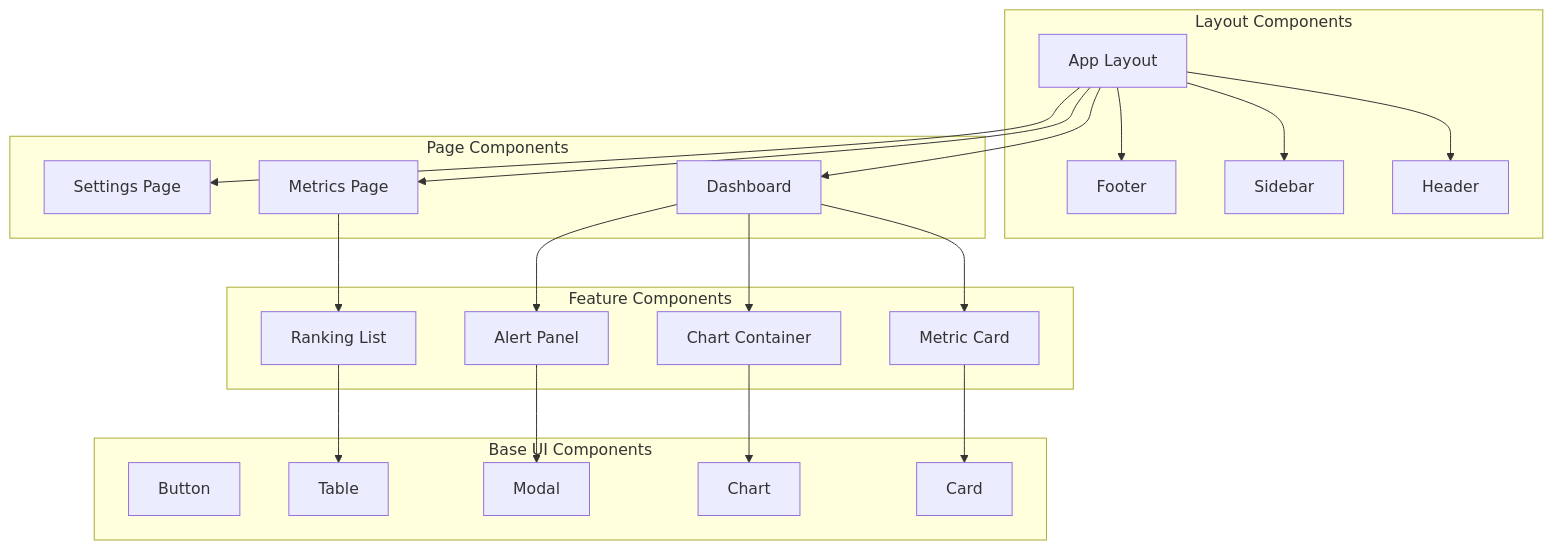
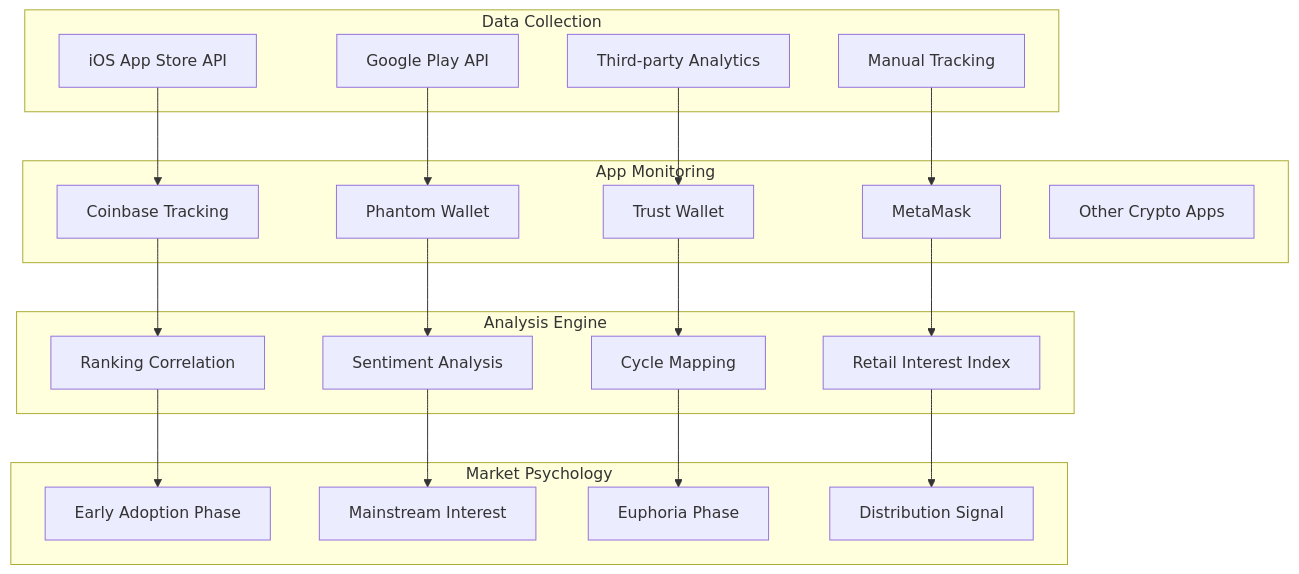
The seventh of 14 diagrams in ARCHITECTURE.md (oxnr/picotop), drawn with Mermaid before and after one commit. The commit also changed other lines of this file and 12 other files, not shown here.

````diff
--- a/ARCHITECTURE.md
+++ b/ARCHITECTURE.md
@@ -216,48 +238,46 @@
 ```mermaid
 graph TB
-    subgraph "Layout Components"
-        AppLayout[App Layout]
-        Header[Header]
-        Sidebar[Sidebar]
-        Footer[Footer]
+    subgraph "Data Collection"
+        iOSAPI[iOS App Store API]
+        GoogleAPI[Google Play API]
+        ThirdParty[Third-party Analytics]
+        ManualTracking[Manual Tracking]
     end
     
-    subgraph "Page Components"
-        Dashboard[Dashboard]
-        MetricsPage[Metrics Page]
-        SettingsPage[Settings Page]
+    subgraph "App Monitoring"
+        Coinbase[Coinbase Tracking]
+        Phantom[Phantom Wallet]
+        TrustWallet[Trust Wallet]
+        MetaMask[MetaMask]
+        Crypto[Other Crypto Apps]
     end
     
-    subgraph "Feature Components"
-        MetricCard[Metric Card]
-        ChartContainer[Chart Container]
-        RankingList[Ranking List]
-        AlertPanel[Alert Panel]
+    subgraph "Analysis Engine"
+        RankingCorrelation[Ranking Correlation]
+        SentimentAnalysis[Sentiment Analysis]
+        CycleMapping[Cycle Mapping]
+        RetailInterest[Retail Interest Index]
     end
     
-    subgraph "Base UI Components"
-        Button[Button]
-        Card[Card]
-        Modal[Modal]
-        Table[Table]
-        Chart[Chart]
+    subgraph "Market Psychology"
+        EarlyAdoption[Early Adoption Phase]
+        Mainstream[Mainstream Interest]
+        Euphoria[Euphoria Phase]
+        Distribution[Distribution Signal]
     end
     
-    AppLayout --> Header
-    AppLayout --> Sidebar
-    AppLayout --> Footer
+    iOSAPI --> Coinbase
+    GoogleAPI --> Phantom
+    ThirdParty --> TrustWallet
+    ManualTracking --> MetaMask
     
-    AppLayout --> Dashboard
-    AppLayout --> MetricsPage
-    AppLayout --> SettingsPage
+    Coinbase --> RankingCorrelation
+    Phantom --> SentimentAnalysis
+    TrustWallet --> CycleMapping
+    MetaMask --> RetailInterest
     
-    Dashboard --> MetricCard
-    Dashboard --> ChartContainer
-    MetricsPage --> RankingList
-    Dashboard --> AlertPanel
-    
-    MetricCard --> Card
-    ChartContainer --> Chart
-    RankingList --> Table
-    AlertPanel --> Modal
+    RankingCorrelation --> EarlyAdoption
+    SentimentAnalysis --> Mainstream
+    CycleMapping --> Euphoria
+    RetailInterest --> Distribution
 ```
````
